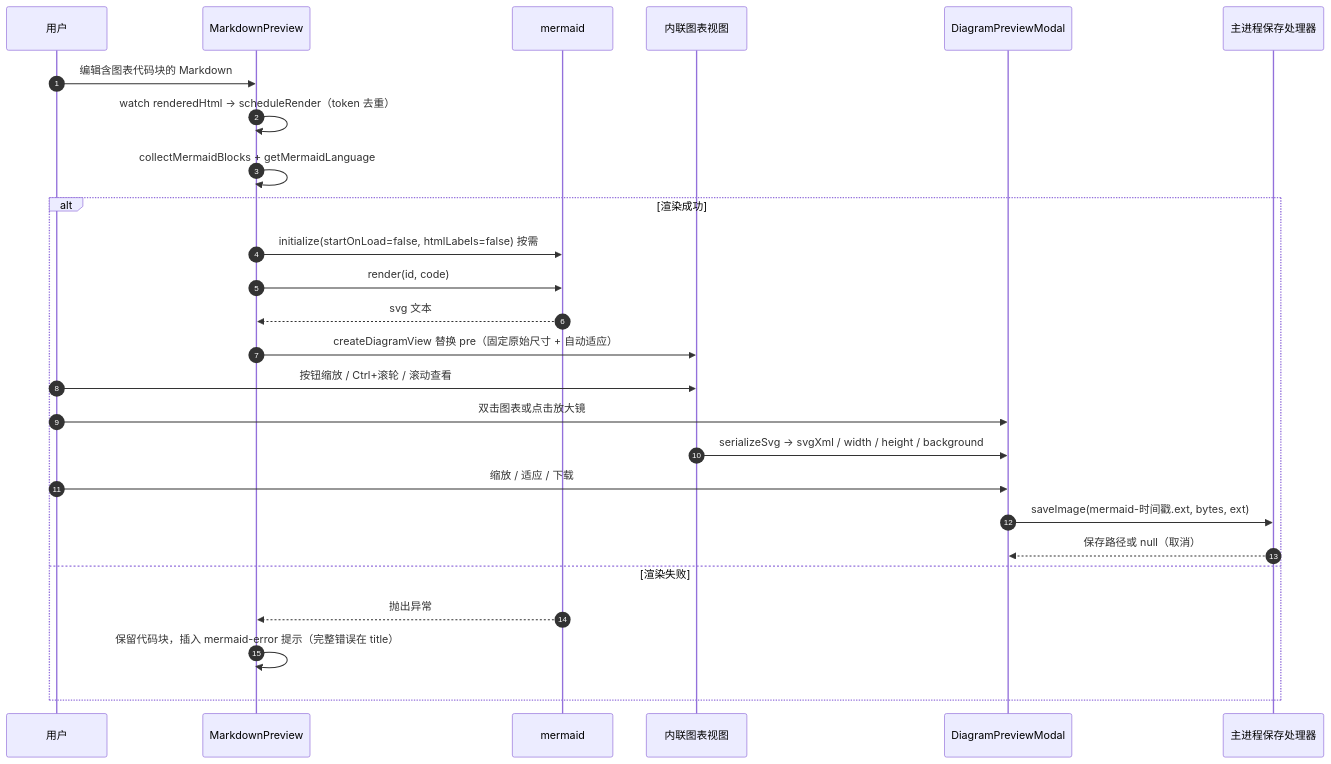
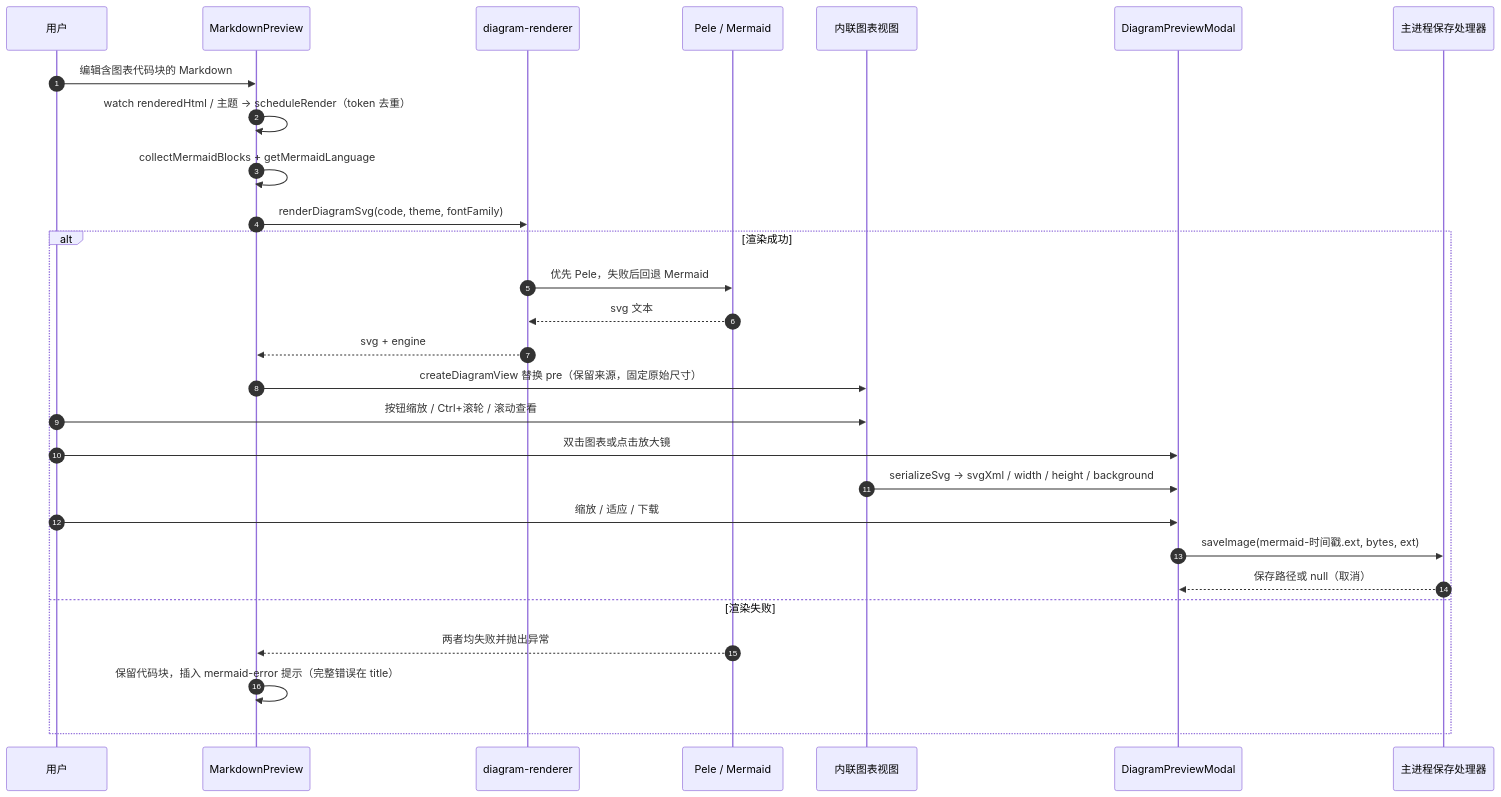
One commit to Harley-xk/mark-it changed the second of 2 diagrams in docs/Mermaid图表与导出.md. Above: the diagram before and after it, drawn with Mermaid. The commit also changed other lines of this file and 22 other files, not shown here.

Commit message:
feat(preview): 统一图表渲染并修复主题切换重绘

````diff
--- a/docs/Mermaid图表与导出.md
+++ b/docs/Mermaid图表与导出.md
@@ -280,29 +309,31 @@
 ```mermaid
 sequenceDiagram
     autonumber
     participant U as 用户
     participant P as MarkdownPreview
-    participant M as mermaid
+    participant R as diagram-renderer
+    participant E as Pele / Mermaid
     participant V as 内联图表视图
     participant D as DiagramPreviewModal
     participant S as 主进程保存处理器
 
     U->>P: 编辑含图表代码块的 Markdown
-    P->>P: watch renderedHtml → scheduleRender（token 去重）
+    P->>P: watch renderedHtml / 主题 → scheduleRender（token 去重）
     P->>P: collectMermaidBlocks + getMermaidLanguage
+    P->>R: renderDiagramSvg(code, theme, fontFamily)
     alt 渲染成功
-        P->>M: initialize(startOnLoad=false, htmlLabels=false) 按需
-        P->>M: render(id, code)
-        M-->>P: svg 文本
-        P->>V: createDiagramView 替换 pre（固定原始尺寸 + 自动适应）
+        R->>E: 优先 Pele，失败后回退 Mermaid
+        E-->>R: svg 文本
+        R-->>P: svg + engine
+        P->>V: createDiagramView 替换 pre（保留来源，固定原始尺寸）
         U->>V: 按钮缩放 / Ctrl+滚轮 / 滚动查看
         U->>D: 双击图表或点击放大镜
         V->>D: serializeSvg → svgXml / width / height / background
         U->>D: 缩放 / 适应 / 下载
         D->>S: saveImage(mermaid-时间戳.ext, bytes, ext)
         S-->>D: 保存路径或 null（取消）
     else 渲染失败
-        M-->>P: 抛出异常
+        E-->>P: 两者均失败并抛出异常
         P->>P: 保留代码块，插入 mermaid-error 提示（完整错误在 title）
     end
 ```
````
